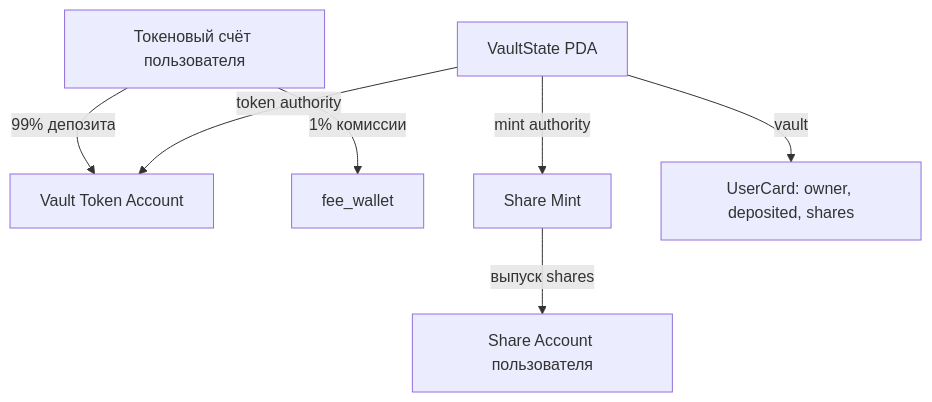
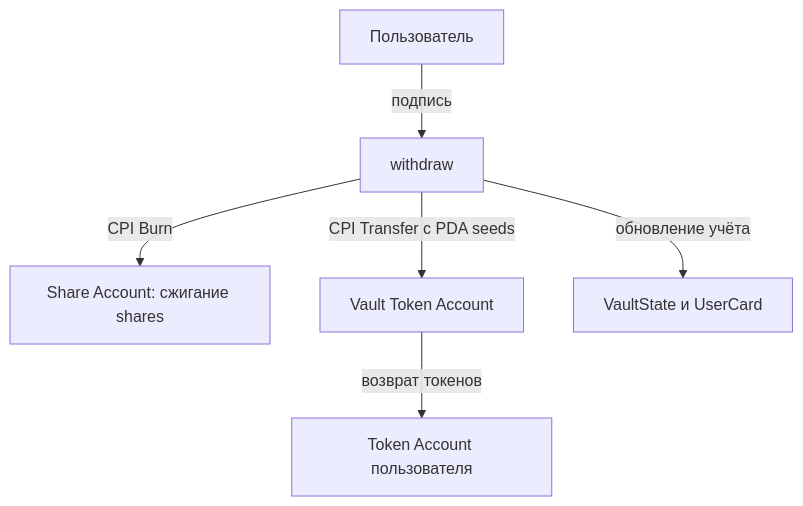
The diagram in README.md (Kariyeva/week10-vault), drawn with Mermaid before and after one commit. The commit also changed other lines of this file and 5 other files, not shown here.

````diff
--- a/README.md
+++ b/README.md
@@ -46,9 +85,8 @@
 ```mermaid
 flowchart TD
-    U["Токеновый счёт пользователя"] -->|"99% депозита"| V["Vault Token Account"]
-    U -->|"1% комиссии"| F["fee_wallet"]
-    P["VaultState PDA"] -->|"token authority"| V
-    P -->|"mint authority"| M["Share Mint"]
-    M -->|"выпуск shares"| S["Share Account пользователя"]
-    P -->|"vault"| C["UserCard: owner, deposited, shares"]
+    U["Пользователь"] -->|"подпись"| W["withdraw"]
+    W -->|"CPI Burn"| S["Share Account: сжигание shares"]
+    W -->|"CPI Transfer с PDA seeds"| V["Vault Token Account"]
+    V -->|"возврат токенов"| T["Token Account пользователя"]
+    W -->|"обновление учёта"| C["VaultState и UserCard"]
 ```
````
